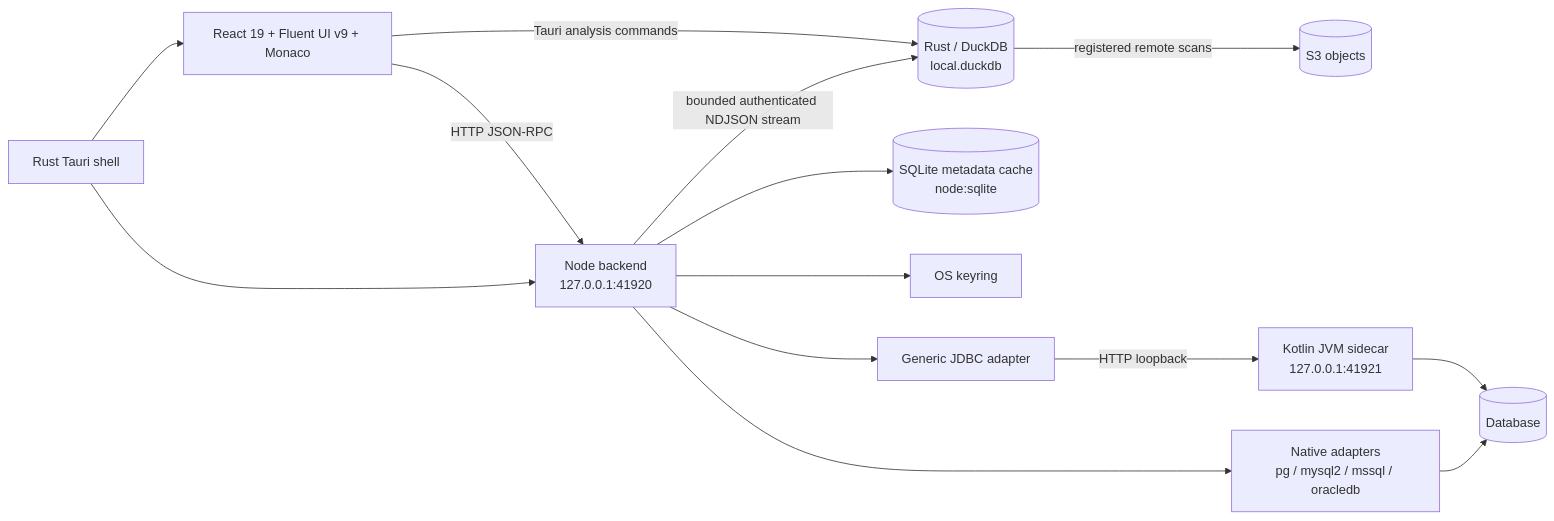
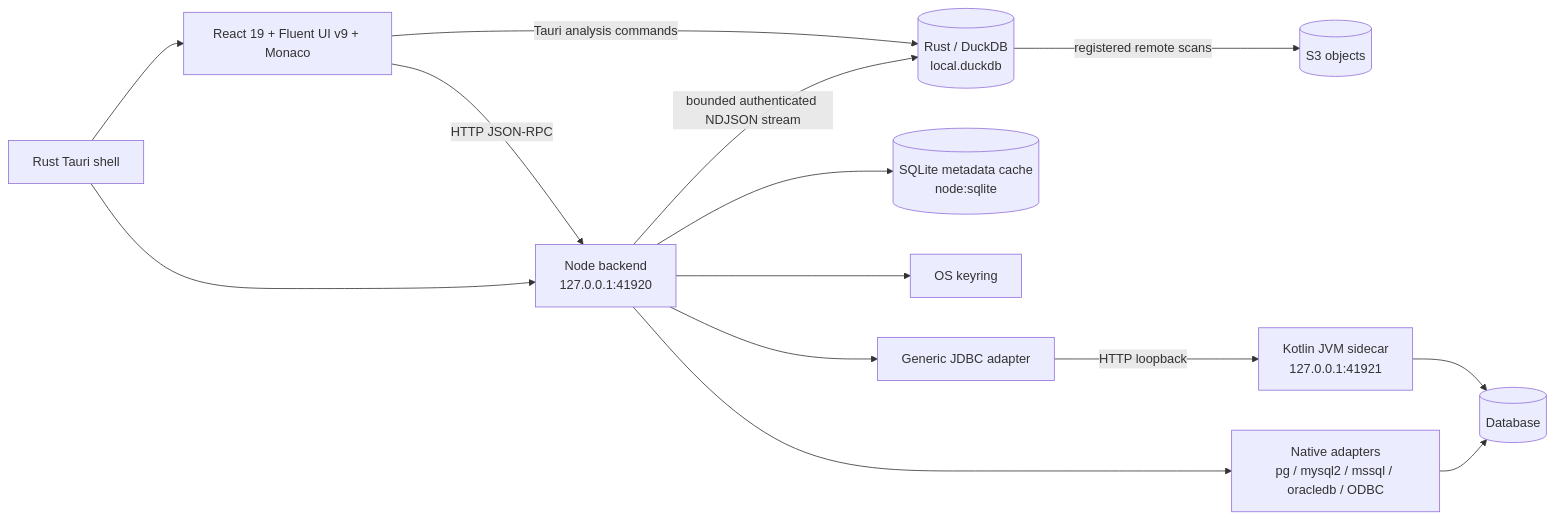
Before and after one commit to cccadet/omni-sql: the first of 2 diagrams in docs/ARCHITECTURE.md, drawn with Mermaid. The commit also changed other lines of this file and 23 other files, not shown here.

````diff
--- a/docs/ARCHITECTURE.md
+++ b/docs/ARCHITECTURE.md
@@ -6,16 +6,16 @@
 ```mermaid
 flowchart LR
   UI[React 19 + Fluent UI v9 + Monaco] -->|HTTP JSON-RPC| API[Node backend\n127.0.0.1:41920]
   Shell[Rust Tauri shell] --> UI
   Shell --> API
   UI -->|Tauri analysis commands| DuckDB[(Rust / DuckDB\nlocal.duckdb)]
   API -->|bounded authenticated NDJSON stream| DuckDB
   DuckDB -->|registered remote scans| S3[(S3 objects)]
   API --> Cache[(SQLite metadata cache\nnode:sqlite)]
   API --> Keyring[OS keyring]
-  API --> Native[Native adapters\npg / mysql2 / mssql / oracledb]
+  API --> Native[Native adapters\npg / mysql2 / mssql / oracledb / ODBC]
   API --> JDBC[Generic JDBC adapter]
   JDBC -->|HTTP loopback| JVM[Kotlin JVM sidecar\n127.0.0.1:41921]
   JVM --> DB[(Database)]
   Native --> DB
 ```
````
